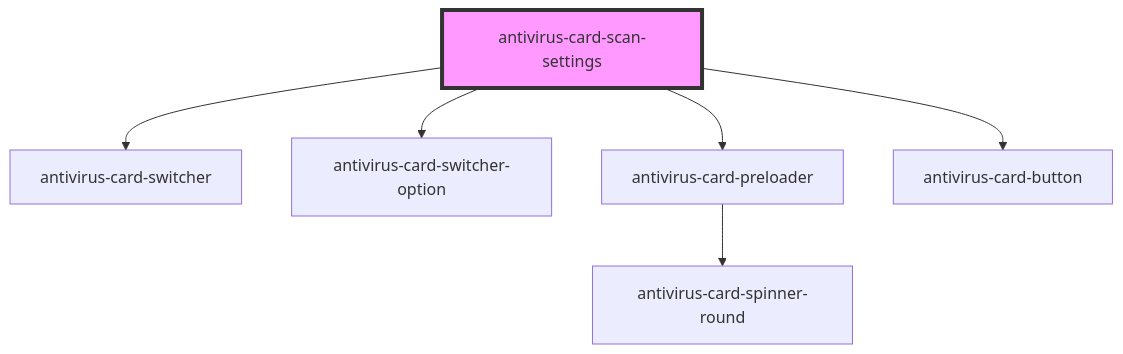
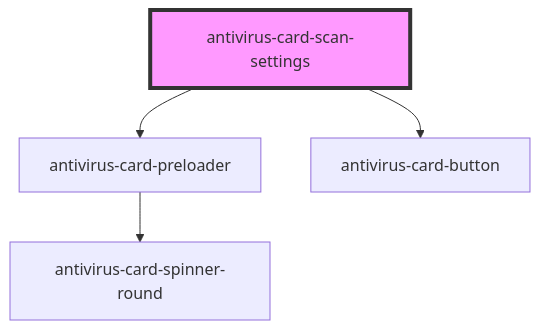
The diagram in client/packages/antivirus-card/src/components/scan-settings/readme.md (ispsystem/plugin-imunify), drawn with Mermaid before and after one commit. The commit also changed other lines of this file and 7 other files, not shown here.

First line of the commit message:
fix(antivirus-card): 🐛 update scan action with preset_id as promise

````diff
--- a/client/packages/antivirus-card/src/components/scan-settings/readme.md
+++ b/client/packages/antivirus-card/src/components/scan-settings/readme.md
@@ -26,9 +24,7 @@
 ```mermaid
 graph TD;
-  antivirus-card-scan-settings --> antivirus-card-switcher
-  antivirus-card-scan-settings --> antivirus-card-switcher-option
   antivirus-card-scan-settings --> antivirus-card-preloader
   antivirus-card-scan-settings --> antivirus-card-button
   antivirus-card-preloader --> antivirus-card-spinner-round
   style antivirus-card-scan-settings fill:#f9f,stroke:#333,stroke-width:4px
 ```
````
